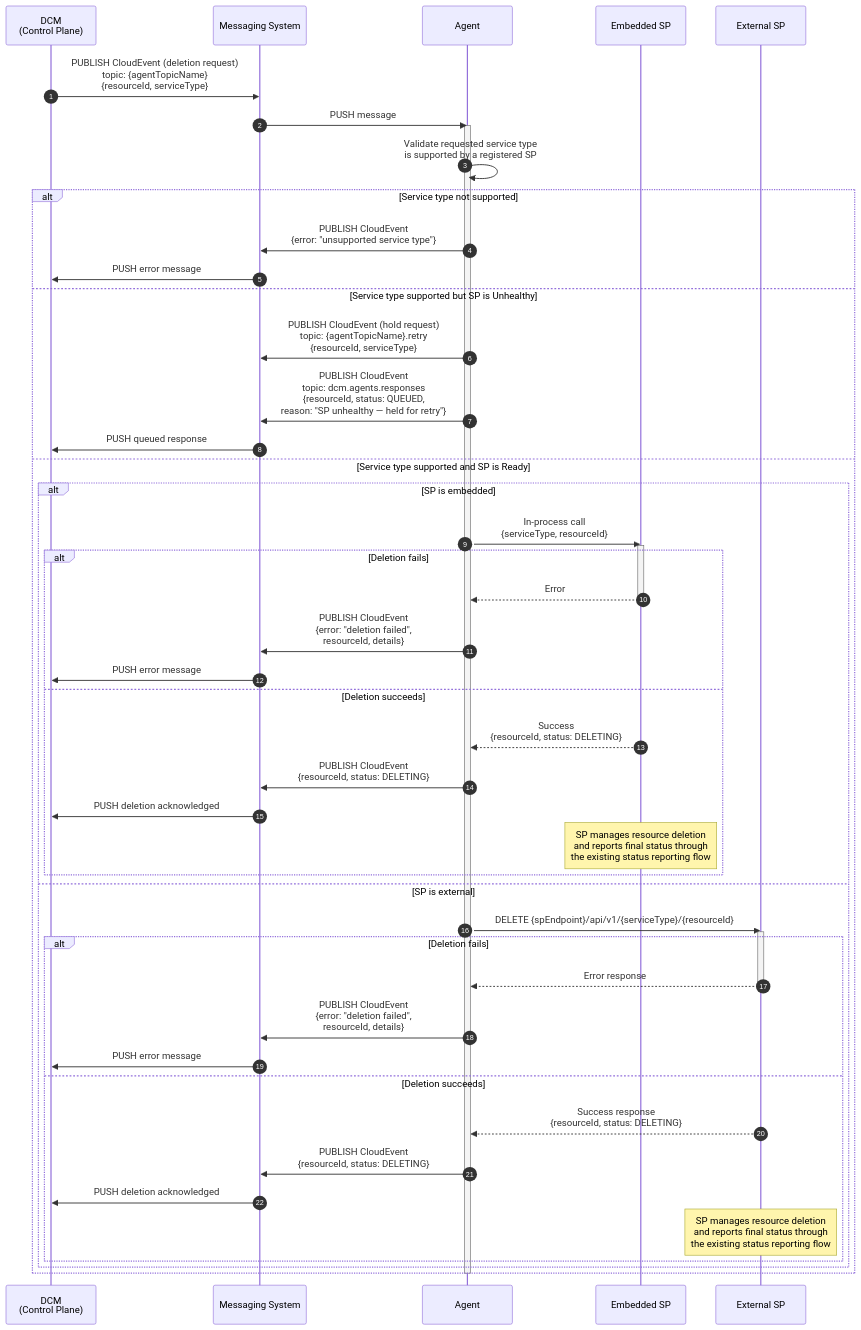
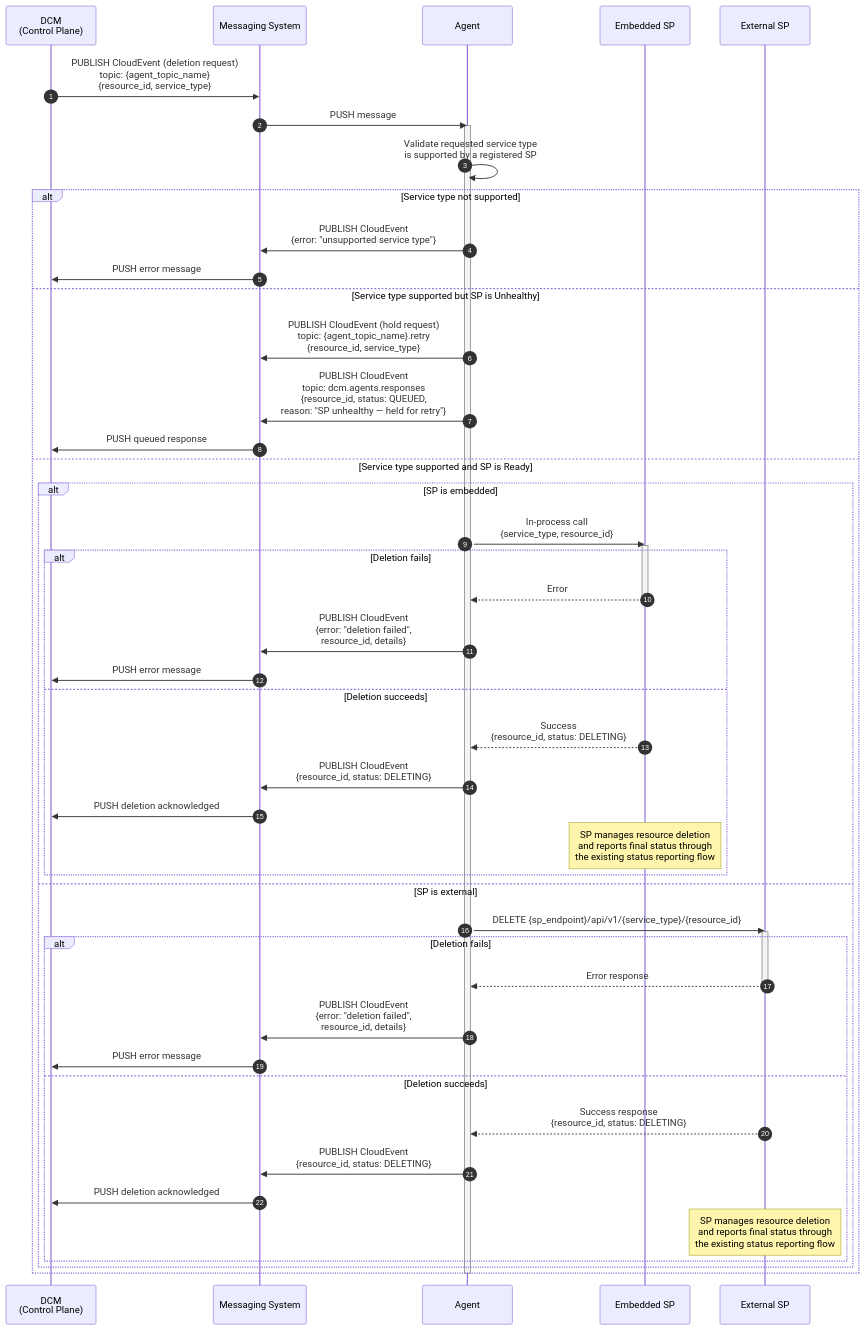
The fifth of 7 diagrams in enhancements/environment-agent/environment-agent.md (dcm-project/enhancements), drawn with Mermaid before and after one commit. The commit also changed other lines of this file and 19 other files, not shown here.

````diff
--- a/enhancements/environment-agent/environment-agent.md
+++ b/enhancements/environment-agent/environment-agent.md
@@ -795,56 +795,56 @@
 ```mermaid
 sequenceDiagram
     autonumber
     participant DCM as DCM<br/>(Control Plane)
     participant MS as Messaging System
     participant AG as Agent
     participant EMB as Embedded SP
     participant EXT as External SP
 
-    DCM->>MS: PUBLISH CloudEvent (deletion request)<br/>topic: {agentTopicName}<br/>{resourceId, serviceType}
+    DCM->>MS: PUBLISH CloudEvent (deletion request)<br/>topic: {agent_topic_name}<br/>{resource_id, service_type}
 
     MS->>AG: PUSH message
     activate AG
 
     AG->>AG: Validate requested service type<br/>is supported by a registered SP
 
     alt Service type not supported
         AG->>MS: PUBLISH CloudEvent<br/>{error: "unsupported service type"}
         MS->>DCM: PUSH error message
     else Service type supported but SP is Unhealthy
-        AG->>MS: PUBLISH CloudEvent (hold request)<br/>topic: {agentTopicName}.retry<br/>{resourceId, serviceType}
-        AG->>MS: PUBLISH CloudEvent<br/>topic: dcm.agents.responses<br/>{resourceId, status: QUEUED,<br/>reason: "SP unhealthy — held for retry"}
+        AG->>MS: PUBLISH CloudEvent (hold request)<br/>topic: {agent_topic_name}.retry<br/>{resource_id, service_type}
+        AG->>MS: PUBLISH CloudEvent<br/>topic: dcm.agents.responses<br/>{resource_id, status: QUEUED,<br/>reason: "SP unhealthy — held for retry"}
         MS->>DCM: PUSH queued response
     else Service type supported and SP is Ready
         alt SP is embedded
-            AG->>EMB: In-process call<br/>{serviceType, resourceId}
+            AG->>EMB: In-process call<br/>{service_type, resource_id}
             activate EMB
             alt Deletion fails
                 EMB-->>AG: Error
                 deactivate EMB
-                AG->>MS: PUBLISH CloudEvent<br/>{error: "deletion failed",<br/>resourceId, details}
+                AG->>MS: PUBLISH CloudEvent<br/>{error: "deletion failed",<br/>resource_id, details}
                 MS->>DCM: PUSH error message
             else Deletion succeeds
-                EMB-->>AG: Success<br/>{resourceId, status: DELETING}
-                AG->>MS: PUBLISH CloudEvent<br/>{resourceId, status: DELETING}
+                EMB-->>AG: Success<br/>{resource_id, status: DELETING}
+                AG->>MS: PUBLISH CloudEvent<br/>{resource_id, status: DELETING}
                 MS->>DCM: PUSH deletion acknowledged
                 Note over EMB: SP manages resource deletion<br/>and reports final status through<br/>the existing status reporting flow
             end
         else SP is external
-            AG->>EXT: DELETE {spEndpoint}/api/v1/{serviceType}/{resourceId}
+            AG->>EXT: DELETE {sp_endpoint}/api/v1/{service_type}/{resource_id}
             activate EXT
             alt Deletion fails
                 EXT-->>AG: Error response
                 deactivate EXT
-                AG->>MS: PUBLISH CloudEvent<br/>{error: "deletion failed",<br/>resourceId, details}
+                AG->>MS: PUBLISH CloudEvent<br/>{error: "deletion failed",<br/>resource_id, details}
                 MS->>DCM: PUSH error message
             else Deletion succeeds
-                EXT-->>AG: Success response<br/>{resourceId, status: DELETING}
-                AG->>MS: PUBLISH CloudEvent<br/>{resourceId, status: DELETING}
+                EXT-->>AG: Success response<br/>{resource_id, status: DELETING}
+                AG->>MS: PUBLISH CloudEvent<br/>{resource_id, status: DELETING}
                 MS->>DCM: PUSH deletion acknowledged
                 Note over EXT: SP manages resource deletion<br/>and reports final status through<br/>the existing status reporting flow
             end
         end
     end
     deactivate AG
 ```
````
